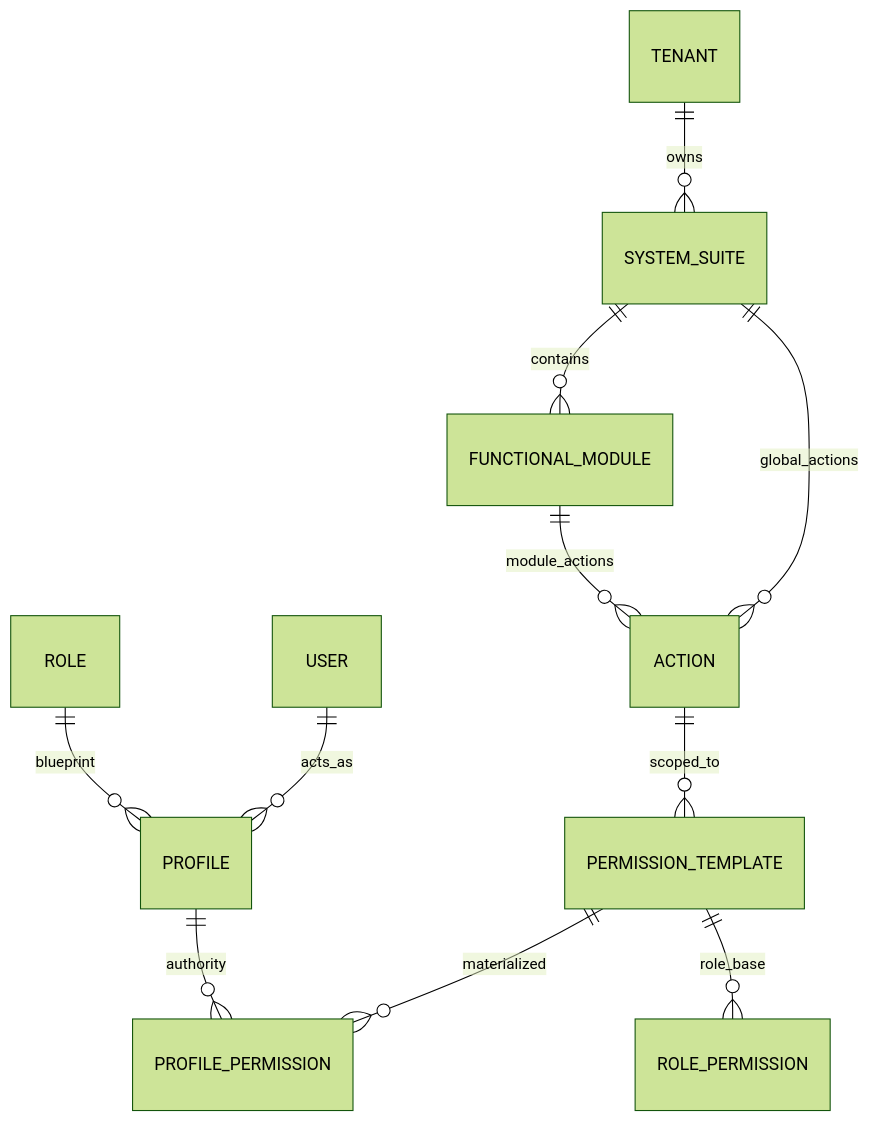
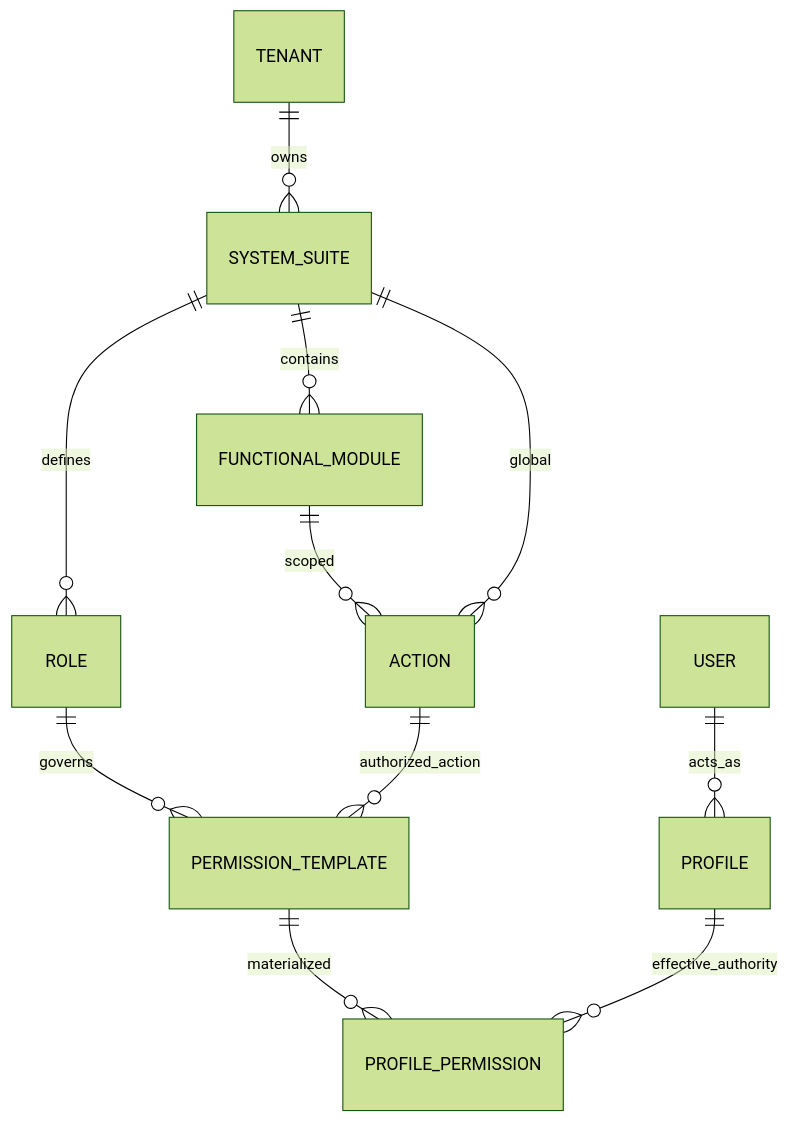
The first of 3 diagrams in architecture/blueprints/database-design-er.md (beyondnetcode/ums), drawn with Mermaid (forest theme) before and after one commit. The commit also changed other lines of this file and 4 other files, not shown here.

Commit message:
feat(auth): implement Role-Scoped Template Governance and deep functional hierarchy (EN/ES)

````diff
--- a/architecture/blueprints/database-design-er.md
+++ b/architecture/blueprints/database-design-er.md
@@ -27,16 +27,16 @@
 ```mermaid
 erDiagram
     TENANT ||--o{ SYSTEM_SUITE : "owns"
+    SYSTEM_SUITE ||--o{ ROLE : "defines"
     SYSTEM_SUITE ||--o{ FUNCTIONAL_MODULE : "contains"
-    SYSTEM_SUITE ||--o{ ACTION : "global_actions"
-    FUNCTIONAL_MODULE ||--o{ ACTION : "module_actions"
     
-    ACTION ||--o{ PERMISSION_TEMPLATE : "scoped_to"
+    ROLE ||--o{ PERMISSION_TEMPLATE : "governs"
     PERMISSION_TEMPLATE ||--o{ PROFILE_PERMISSION : "materialized"
     
     USER ||--o{ PROFILE : "acts_as"
-    PROFILE ||--o{ PROFILE_PERMISSION : "authority"
+    PROFILE ||--o{ PROFILE_PERMISSION : "effective_authority"
     
-    ROLE ||--o{ PROFILE : "blueprint"
-    PERMISSION_TEMPLATE ||--o{ ROLE_PERMISSION : "role_base"
+    FUNCTIONAL_MODULE ||--o{ ACTION : "scoped"
+    SYSTEM_SUITE ||--o{ ACTION : "global"
+    ACTION ||--o{ PERMISSION_TEMPLATE : "authorized_action"
 ```
````
